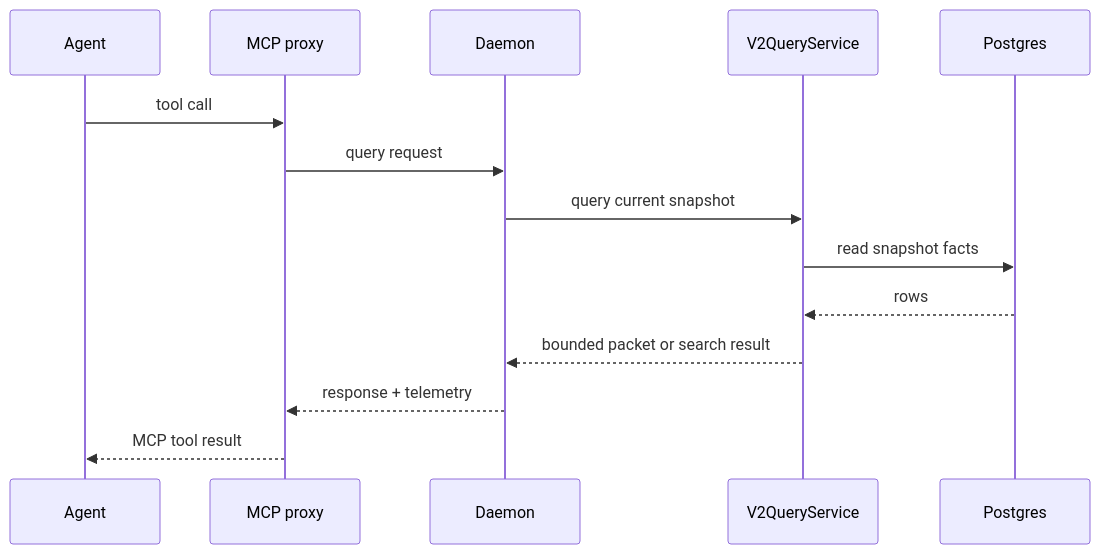
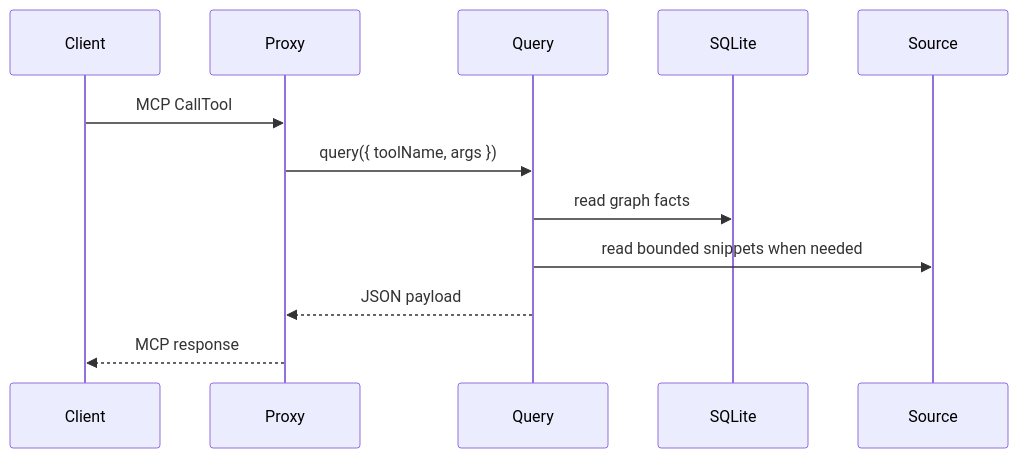
One commit to vndkubi/code-graph changed the second of 2 diagrams in docs/system-design.md. Above: the diagram before and after it, drawn with Mermaid. The commit also changed other lines of this file and 48 other files, not shown here.

````diff
--- a/docs/system-design.md
+++ b/docs/system-design.md
@@ -251,17 +71,15 @@
 ```mermaid
 sequenceDiagram
-  participant Agent
-  participant MCP as MCP proxy
-  participant D as Daemon
-  participant Q as V2QueryService
-  participant DB as Postgres
+  participant Client
+  participant Proxy
+  participant Query
+  participant SQLite
+  participant Source
 
-  Agent->>MCP: tool call
-  MCP->>D: query request
-  D->>Q: query current snapshot
-  Q->>DB: read snapshot facts
-  DB-->>Q: rows
-  Q-->>D: bounded packet or search result
-  D-->>MCP: response + telemetry
-  MCP-->>Agent: MCP tool result
+  Client->>Proxy: MCP CallTool
+  Proxy->>Query: query({ toolName, args })
+  Query->>SQLite: read graph facts
+  Query->>Source: read bounded snippets when needed
+  Query-->>Proxy: JSON payload
+  Proxy-->>Client: MCP response
 ```
````
